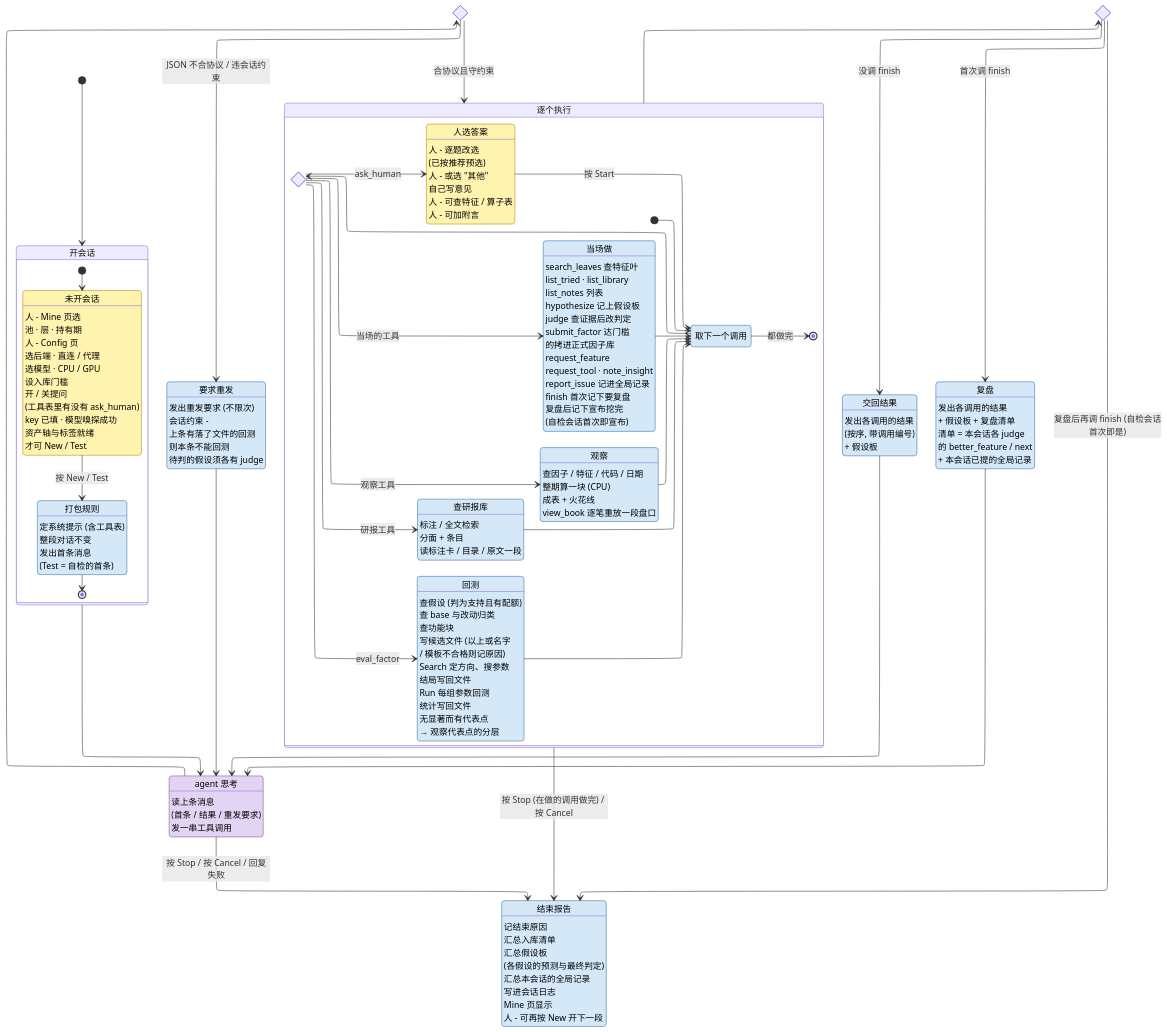
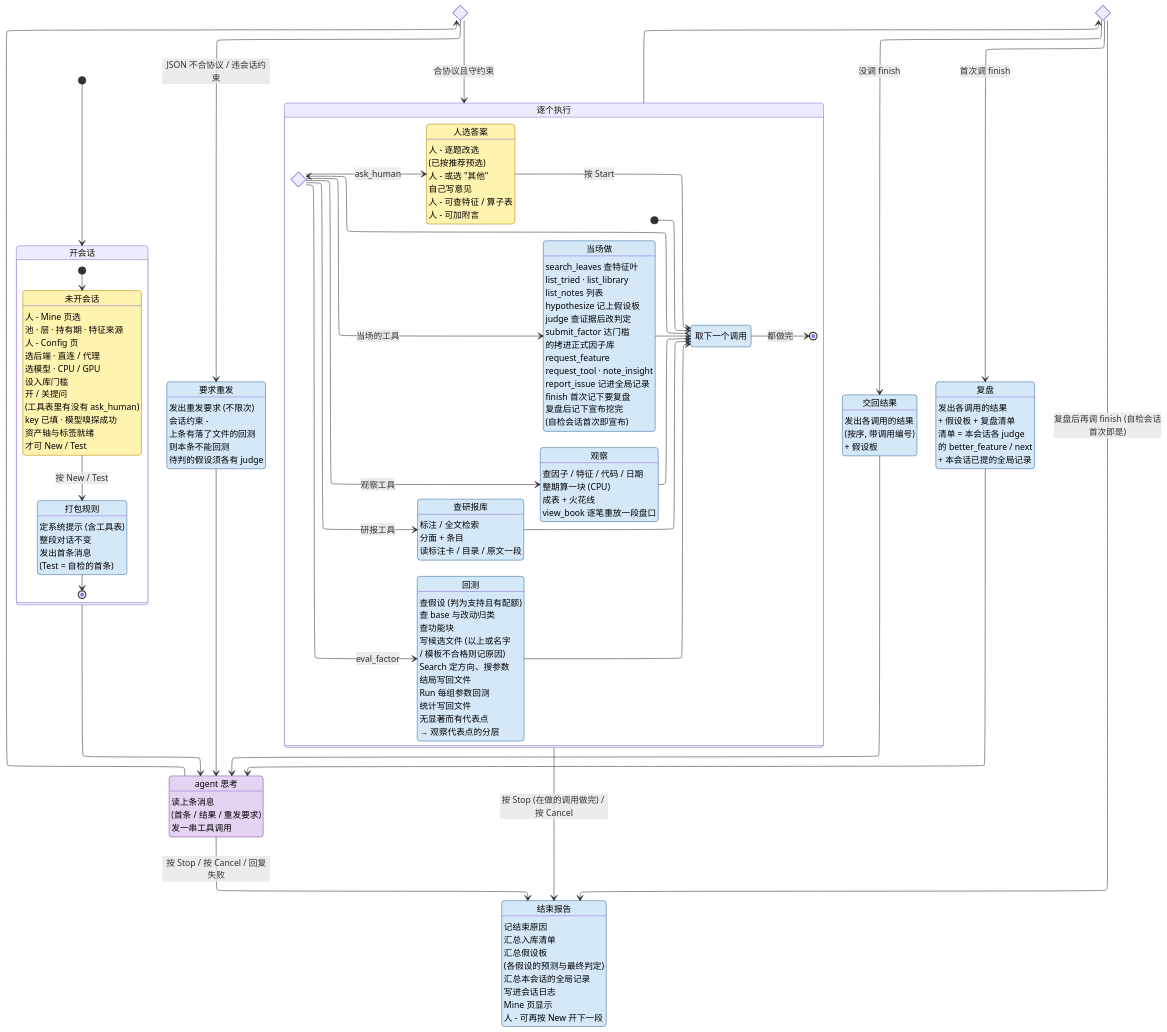
One commit to CoCoMilkyWay/stk changed the diagram in AGENT.md. Above: the diagram before and after it, drawn with Mermaid. The commit also changed other lines of this file and 31 other files, not shown here.

```diff
--- a/AGENT.md
+++ b/AGENT.md
@@ -54,7 +55,7 @@
     state "开会话" as GOpen {
         state "未开会话" as None
         None : 人 - Mine 页选
-        None : 池 · 层 · 持有期
+        None : 池 · 层 · 持有期 · 特征来源
         None : 人 - Config 页
         None : 选后端 · 直连 / 代理
         None : 选模型 · CPU / GPU
```
